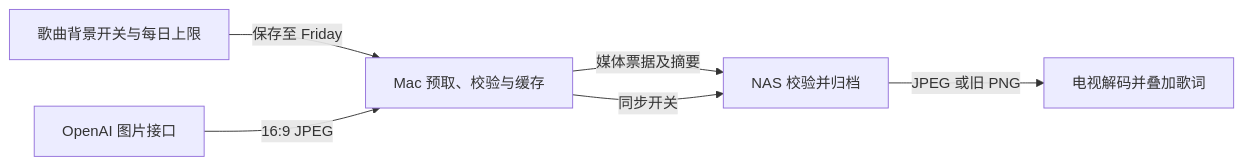
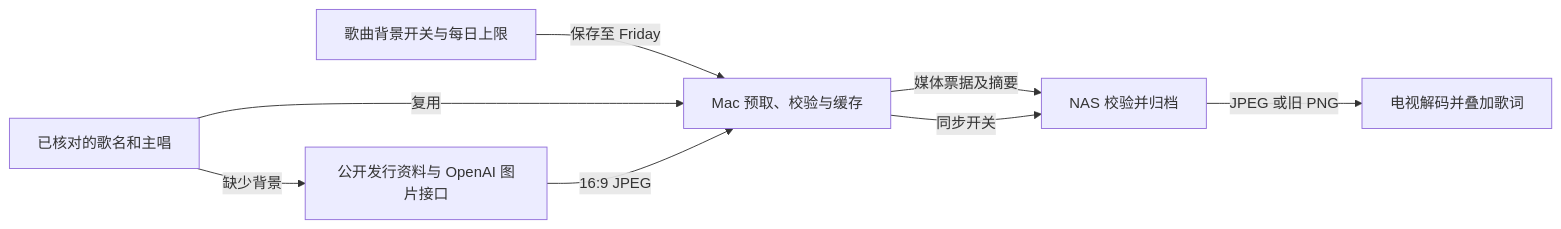
The first of 2 diagrams in docs/ktv-development.md (Geeprox/Friday), drawn with Mermaid before and after one commit. The commit also changed other lines of this file and 29 other files, not shown here.

````diff
--- a/docs/ktv-development.md
+++ b/docs/ktv-development.md
@@ -22,8 +27,10 @@
 ```mermaid
 flowchart LR
     E[歌曲背景开关与每日上限] -->|保存至 Friday| B[Mac 预取、校验与缓存]
-    A[OpenAI 图片接口] -->|16:9 JPEG| B
+    F[已核对的歌名和主唱] -->|复用| B
+    F -->|缺少背景| A[公开发行资料与 OpenAI 图片接口]
+    A -->|16:9 JPEG| B
     B -->|媒体票据及摘要| C[NAS 校验并归档]
     B -->|同步开关| C
     C -->|JPEG 或旧 PNG| D[电视解码并叠加歌词]
 ```
````
